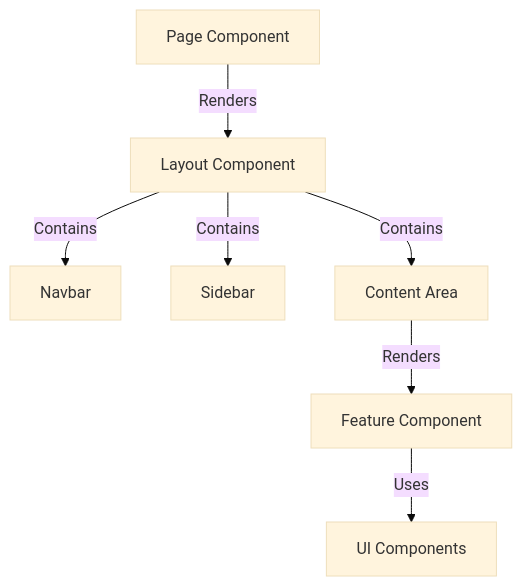
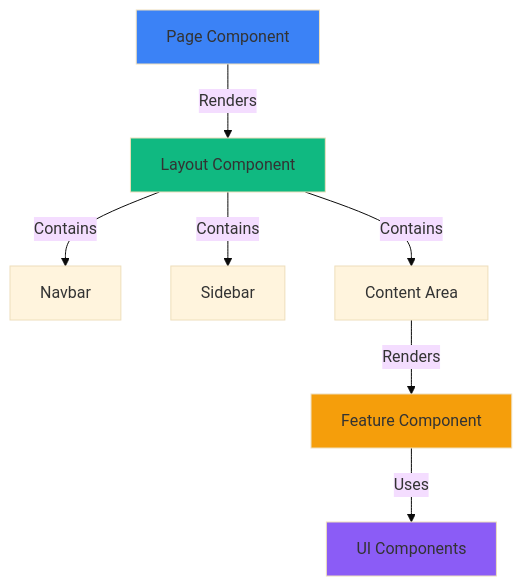
Before and after one commit to amertarva/amertask: the sixth of 27 diagrams in apps/web/ARCHITECTURE.md, drawn with Mermaid (base theme). The commit also changed other lines of this file and 150 other files, not shown here.

````diff
--- a/apps/web/ARCHITECTURE.md
+++ b/apps/web/ARCHITECTURE.md
@@ -390,9 +784,14 @@
 ```mermaid
 graph TB
     A[Page Component] -->|Renders| B[Layout Component]
     B -->|Contains| C[Navbar]
     B -->|Contains| D[Sidebar]
     B -->|Contains| E[Content Area]
     E -->|Renders| F[Feature Component]
     F -->|Uses| G[UI Components]
+
+    style A fill:#3b82f6
+    style B fill:#10b981
+    style F fill:#f59e0b
+    style G fill:#8b5cf6
 ```
````
